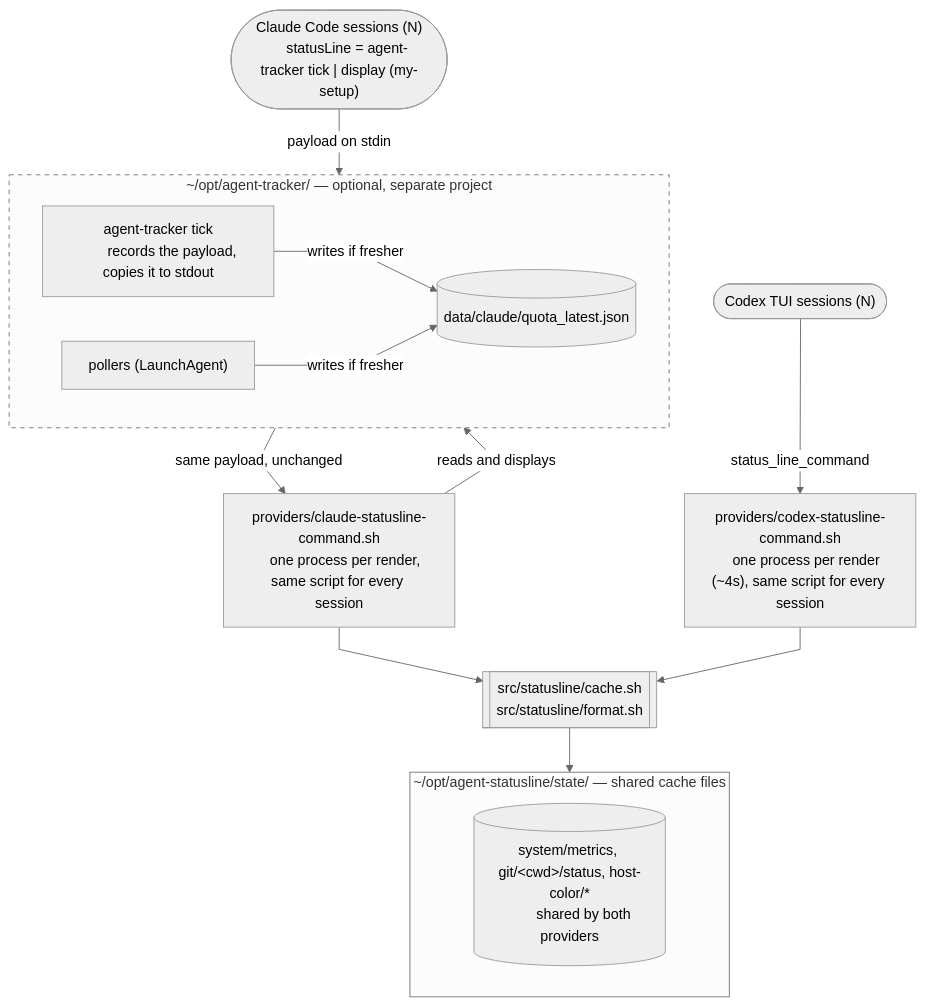
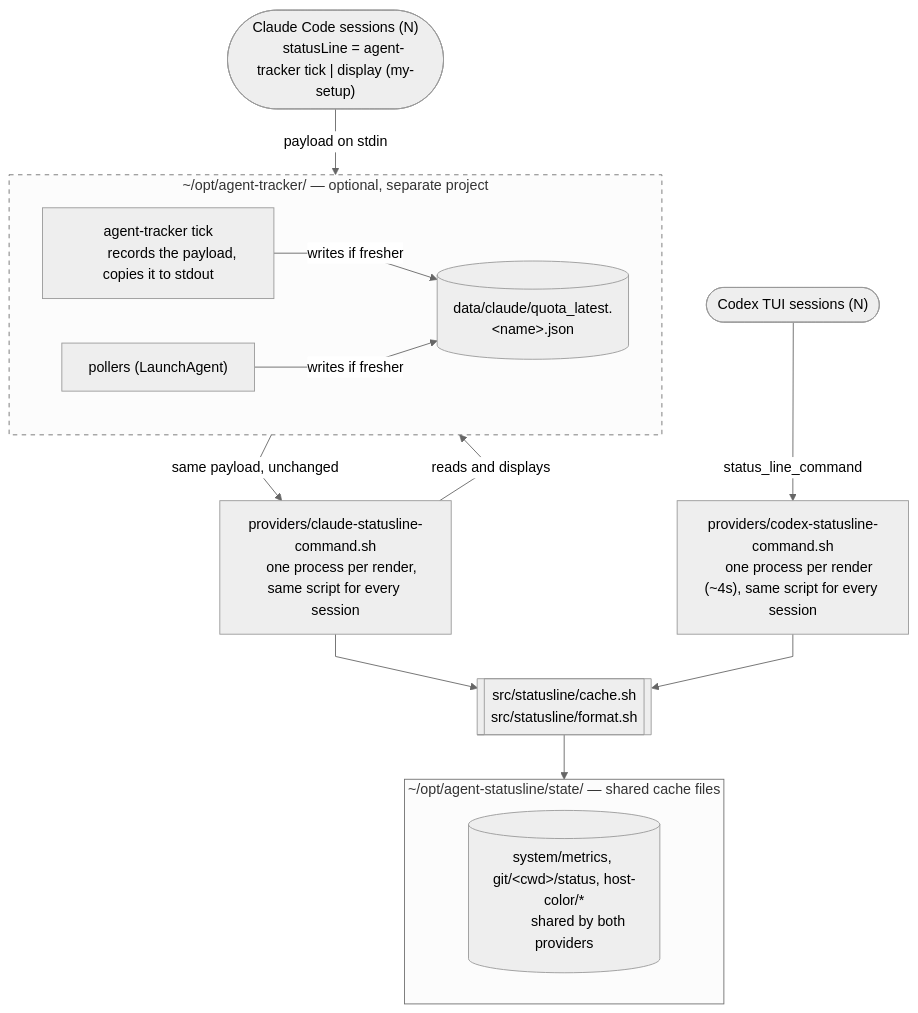
One commit to JeanLescutMuller/agent-statusline changed the diagram in README.md. Above: the diagram before and after it, drawn with Mermaid (neutral theme). The commit also changed other lines of this file and 2 other files, not shown here.

First line of the commit message:
claude status line: one quota_latest.<name>.json per account; no CLAUDE_ACCOUNT = the account with the most room; [name] whenever there are several accounts

````diff
--- a/README.md
+++ b/README.md
@@ -35,43 +35,43 @@
 ```mermaid
 %%{init: {"flowchart": {"curve": "linear"}}}%%
 flowchart TB
     claudeS(["Claude Code sessions (N)
     statusLine = agent-tracker tick | display (my-setup)"])
     codexS(["Codex TUI sessions (N)"])
 
     provclaude["providers/claude-statusline-command.sh
     one process per render, same script for every session"]
     provcodex["providers/codex-statusline-command.sh
     one process per render (~4s), same script for every session"]
 
     sharedlib[["src/statusline/cache.sh
     src/statusline/format.sh"]]
 
     subgraph state["~/opt/agent-statusline/state/ — shared cache files"]
         direction LR
         ccOther[("system/metrics, git/&lt;cwd&gt;/status, host-color/*
         shared by both providers")]
     end
 
     subgraph tracker["~/opt/agent-tracker/ — optional, separate project"]
         direction LR
         tick["agent-tracker tick
         records the payload, copies it to stdout"]
-        ccC[("data/claude/quota_latest.json")]
+        ccC[("data/claude/quota_latest.&lt;name&gt;.json")]
         pollers["pollers (LaunchAgent)"]
     end
 
     claudeS -->|"payload on stdin"| tick
     tick -->|"same payload, unchanged"| provclaude
     codexS -->|"status_line_command"| provcodex
 
     provclaude --> sharedlib
     provcodex --> sharedlib
     sharedlib --> ccOther
 
     tick -->|"writes if fresher"| ccC
     pollers -->|"writes if fresher"| ccC
     provclaude -->|"reads and displays"| ccC
 
     style tracker stroke-dasharray: 5 5
 ```
````
